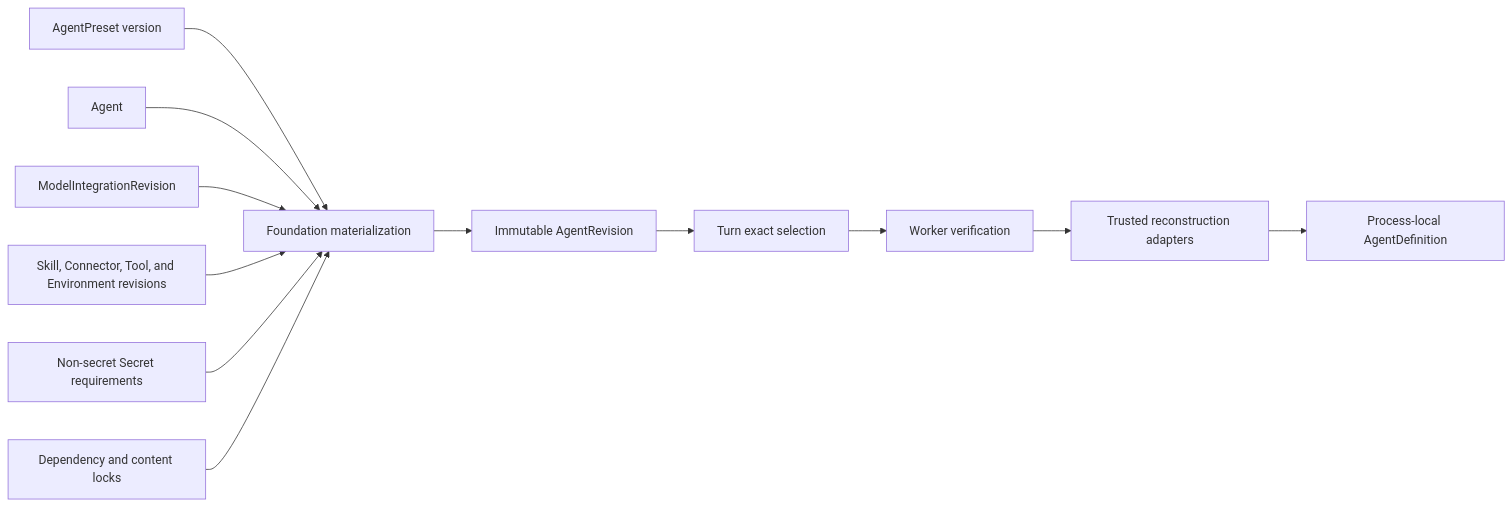
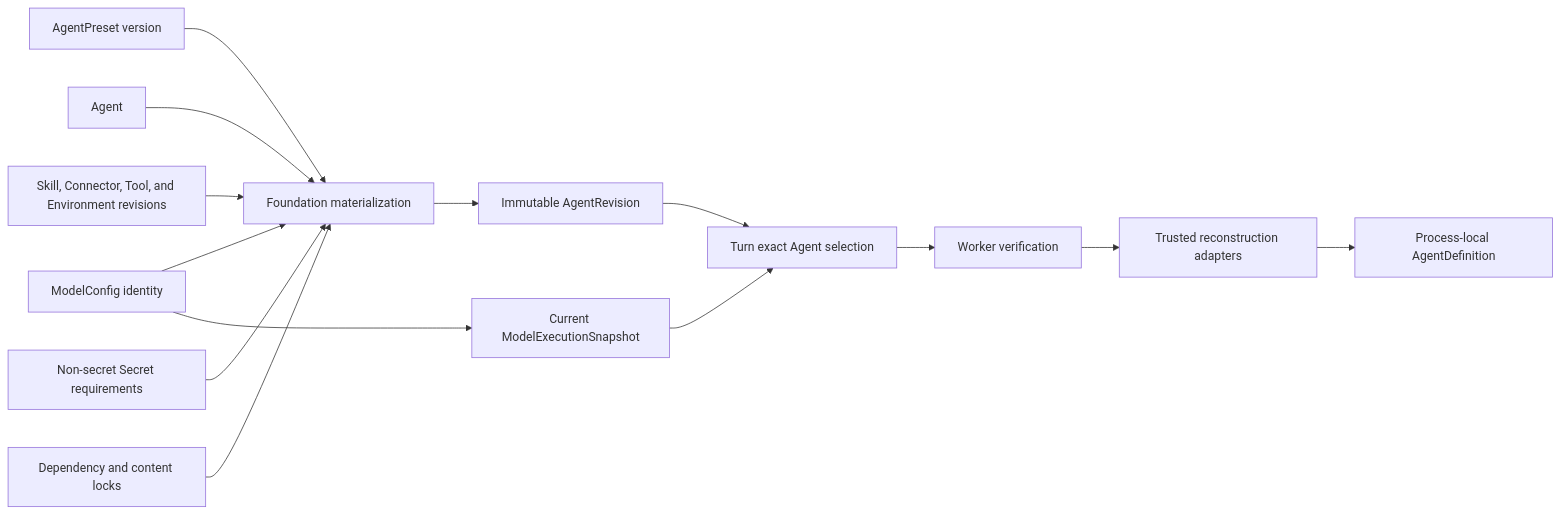
The first of 2 diagrams in spec/foundation-service/12-agent-revisions-and-reconstruction.md (LTThreeComma/agent-foundation), drawn with Mermaid before and after one commit. The commit also changed other lines of this file and 16 other files, not shown here.

````diff
--- a/spec/foundation-service/12-agent-revisions-and-reconstruction.md
+++ b/spec/foundation-service/12-agent-revisions-and-reconstruction.md
@@ -44,14 +75,16 @@
 ```mermaid
 flowchart LR
     Preset[AgentPreset version] --> Materialize[Foundation materialization]
     Agent[Agent] --> Materialize
-    Model[ModelIntegrationRevision] --> Materialize
+    Model[ModelConfig identity] --> Materialize
     Resources[Skill, Connector, Tool, and Environment revisions] --> Materialize
     Secrets[Non-secret Secret requirements] --> Materialize
     Locks[Dependency and content locks] --> Materialize
     Materialize --> Revision[Immutable AgentRevision]
-    Revision --> Turn[Turn exact selection]
+    Revision --> Turn[Turn exact Agent selection]
+    Model --> Snapshot[Current ModelExecutionSnapshot]
+    Snapshot --> Turn
     Turn --> Verify[Worker verification]
     Verify --> Adapter[Trusted reconstruction adapters]
     Adapter --> Definition[Process-local AgentDefinition]
 ```
````
